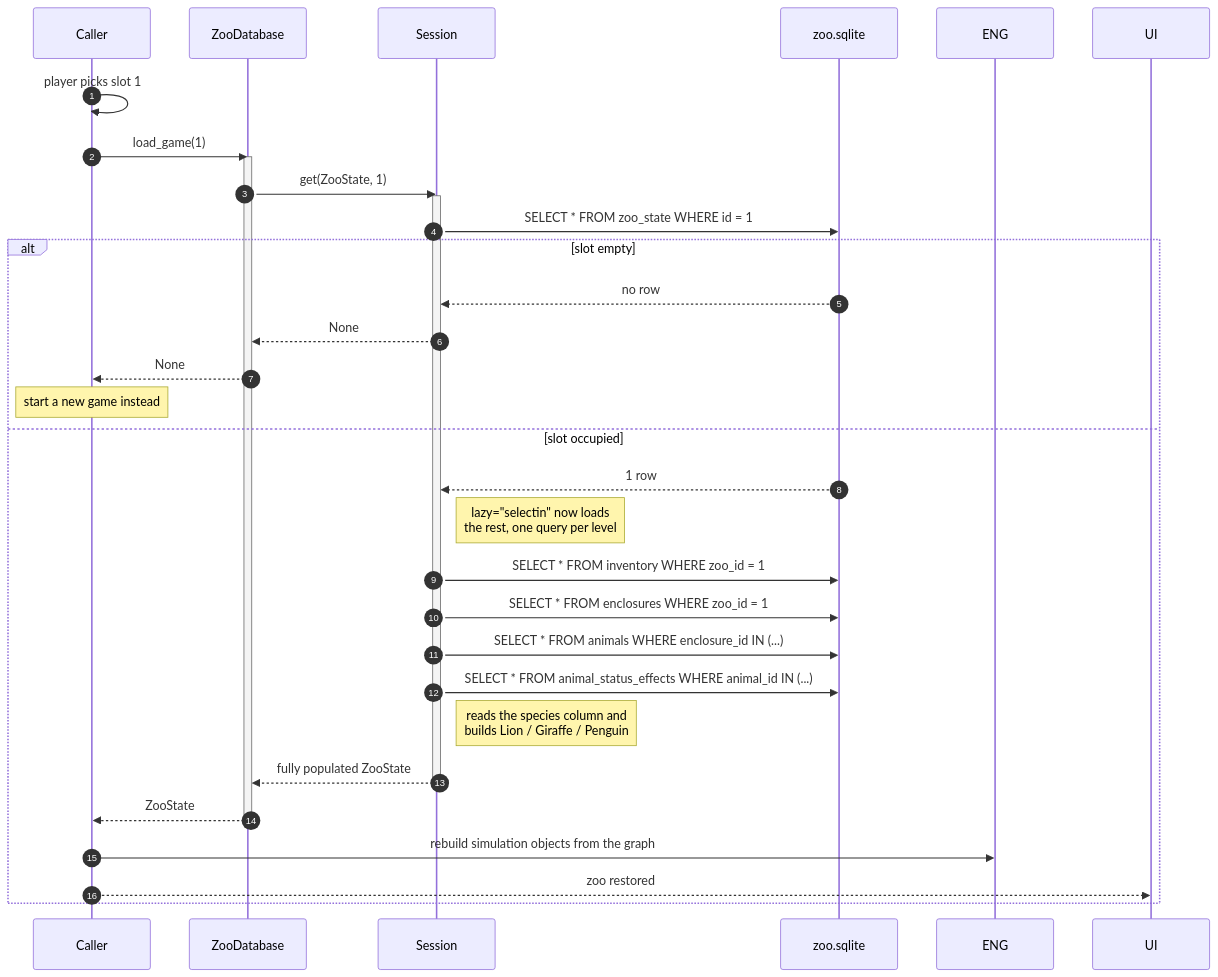
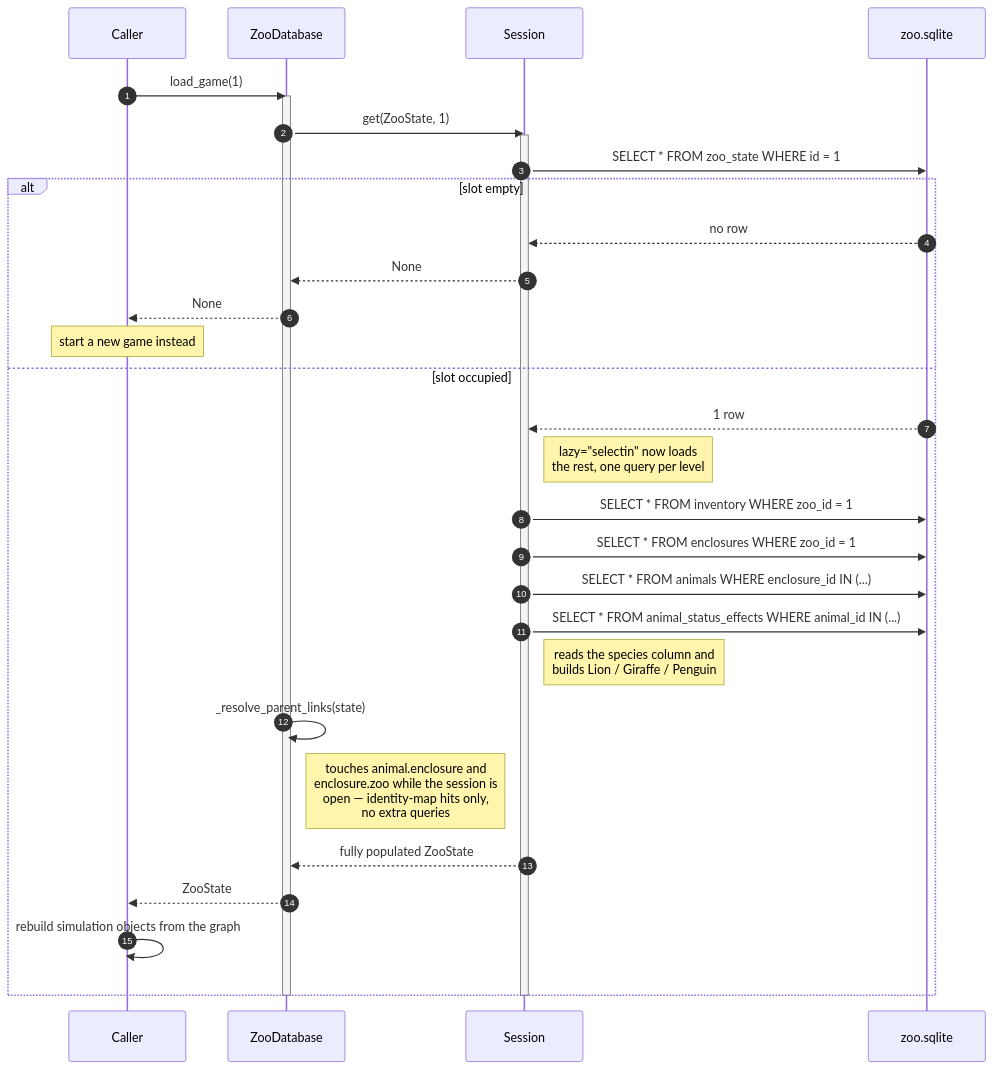
Before and after one commit to justforaprogramm/vivizoo: the fifth of 6 diagrams in db/docs/uml_sequence_diagrams.md, drawn with Mermaid. The commit also changed other lines of this file and 32 other files, not shown here.

````diff
--- a/db/docs/uml_sequence_diagrams.md
+++ b/db/docs/uml_sequence_diagrams.md
@@ -172,40 +267,41 @@
 ```mermaid
 sequenceDiagram
     autonumber
     participant APP as Caller
     participant PER as ZooDatabase
     participant SES as Session
     participant DB as zoo.sqlite
 
-    APP->>APP: player picks slot 1
     APP->>PER: load_game(1)
     activate PER
 
     PER->>SES: get(ZooState, 1)
     activate SES
     SES->>DB: SELECT * FROM zoo_state WHERE id = 1
 
     alt slot empty
         DB-->>SES: no row
         SES-->>PER: None
         PER-->>APP: None
         Note over APP: start a new game instead
     else slot occupied
         DB-->>SES: 1 row
         Note right of SES: lazy="selectin" now loads<br/>the rest, one query per level
         SES->>DB: SELECT * FROM inventory WHERE zoo_id = 1
         SES->>DB: SELECT * FROM enclosures WHERE zoo_id = 1
         SES->>DB: SELECT * FROM animals WHERE enclosure_id IN (...)
         SES->>DB: SELECT * FROM animal_status_effects WHERE animal_id IN (...)
+        Note right of SES: reads the species column and<br/>builds Lion / Giraffe / Penguin
 
-        Note right of SES: reads the species column and<br/>builds Lion / Giraffe / Penguin
+        PER->>PER: _resolve_parent_links(state)
+        Note right of PER: touches animal.enclosure and<br/>enclosure.zoo while the session is<br/>open — identity-map hits only,<br/>no extra queries
+
         SES-->>PER: fully populated ZooState
-        deactivate SES
+        PER-->>APP: ZooState
 
-        PER-->>APP: ZooState
-        deactivate PER
+        APP->>APP: rebuild simulation objects from the graph
+    end
 
-        APP->>ENG: rebuild simulation objects from the graph
-        APP-->>UI: zoo restored
-    end
+    deactivate SES
+    deactivate PER
 ```
````
